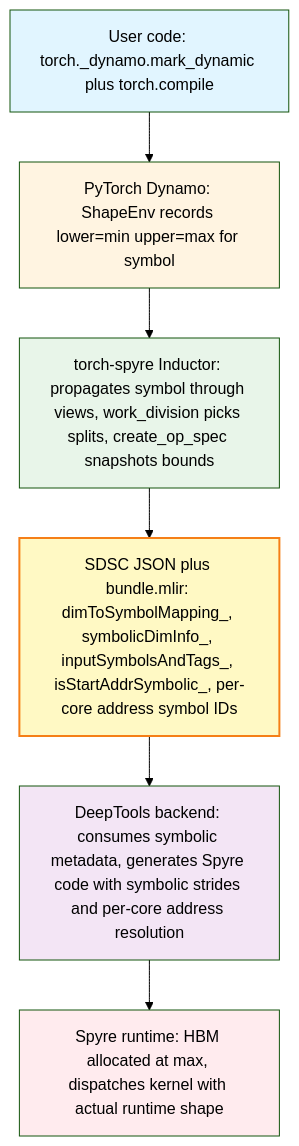
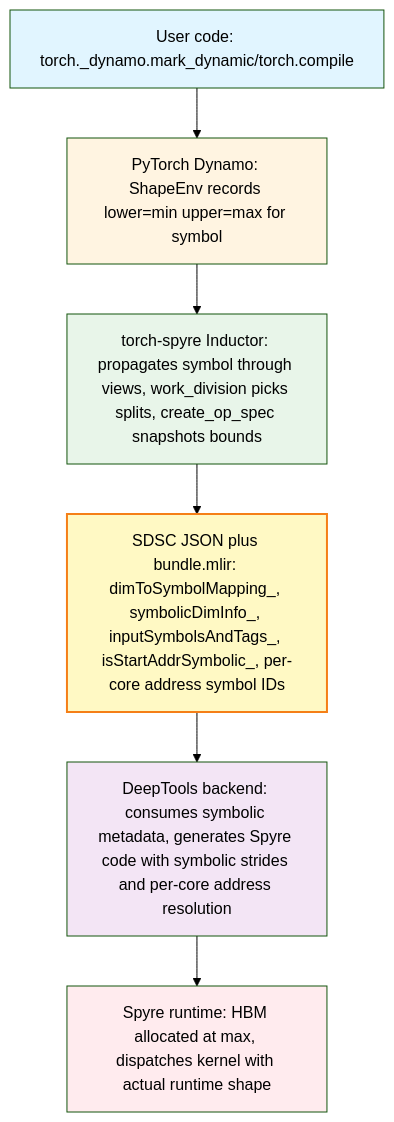
Before and after one commit to Vivek1258/torch-spyre: the first of 5 diagrams in docs/source/compiler/Torch_Spyre_Dynamic_Shapes_Design.md, drawn with Mermaid (forest theme). The commit also changed other lines of this file, not shown here.

````diff
--- a/docs/source/compiler/Torch_Spyre_Dynamic_Shapes_Design.md
+++ b/docs/source/compiler/Torch_Spyre_Dynamic_Shapes_Design.md
@@ -105,16 +117,16 @@
 ```mermaid
 flowchart TB
-    A[User code: torch._dynamo.mark_dynamic plus torch.compile] --> B
+    A[User code: torch._dynamo.mark_dynamic/torch.compile] --> B
     B[PyTorch Dynamo: ShapeEnv records lower=min upper=max for symbol] --> C
     C[torch-spyre Inductor: propagates symbol through views, work_division picks splits, create_op_spec snapshots bounds] --> D
     D[SDSC JSON plus bundle.mlir: dimToSymbolMapping_, symbolicDimInfo_, inputSymbolsAndTags_, isStartAddrSymbolic_, per-core address symbol IDs]
     D --> E[DeepTools backend: consumes symbolic metadata, generates Spyre code with symbolic strides and per-core address resolution]
     E --> F[Spyre runtime: HBM allocated at max, dispatches kernel with actual runtime shape]
 
     style A fill:#e1f5ff
     style B fill:#fff4e1
     style C fill:#e8f5e9
     style D fill:#fff9c4,stroke:#f57f17,stroke-width:2px
     style E fill:#f3e5f5
     style F fill:#ffebee
 ```
````
